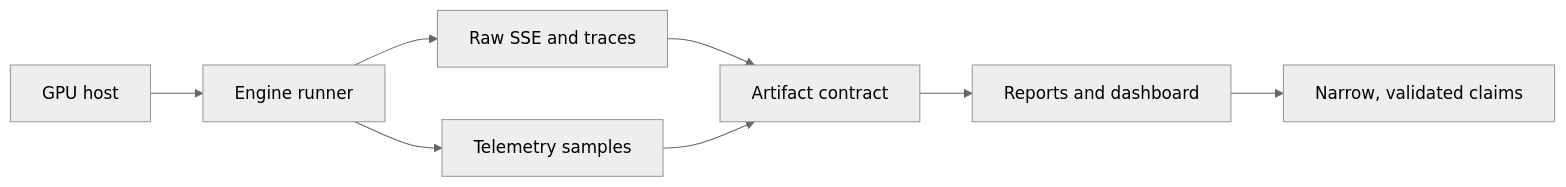
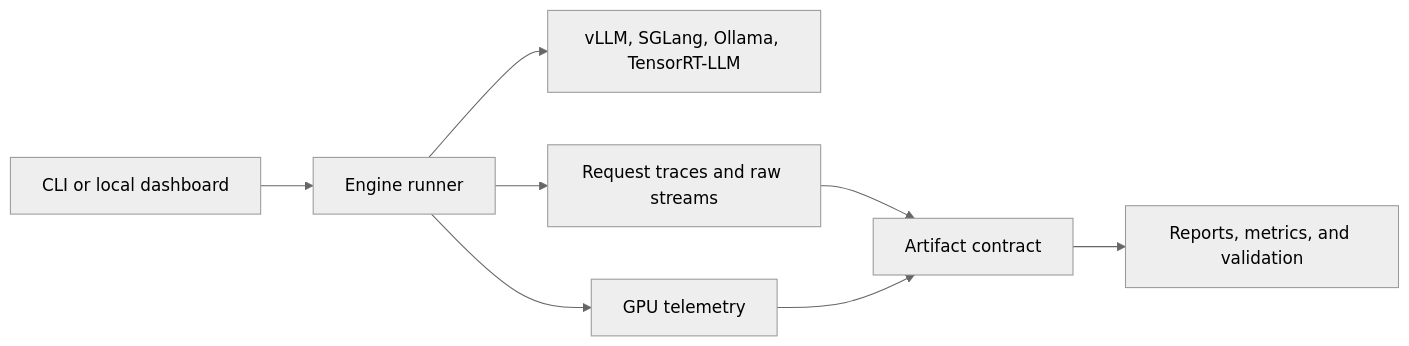
The diagram in README.md (markovnikov314/inferno), drawn with Mermaid (neutral theme) before and after one commit. The commit also changed other lines of this file and 146 other files, not shown here.

````diff
--- a/README.md
+++ b/README.md
@@ -11,10 +8,10 @@
 ```mermaid
 flowchart LR
-    A["GPU host"] --> B["Engine runner"]
-    B --> C["Raw SSE and traces"]
-    B --> D["Telemetry samples"]
-    C --> E["Artifact contract"]
-    D --> E
-    E --> F["Reports and dashboard"]
-    F --> G["Narrow, validated claims"]
+    A["CLI or local dashboard"] --> B["Engine runner"]
+    B --> C["vLLM, SGLang, Ollama, TensorRT-LLM"]
+    B --> D["Request traces and raw streams"]
+    B --> E["GPU telemetry"]
+    D --> F["Artifact contract"]
+    E --> F
+    F --> G["Reports, metrics, and validation"]
 ```
````
